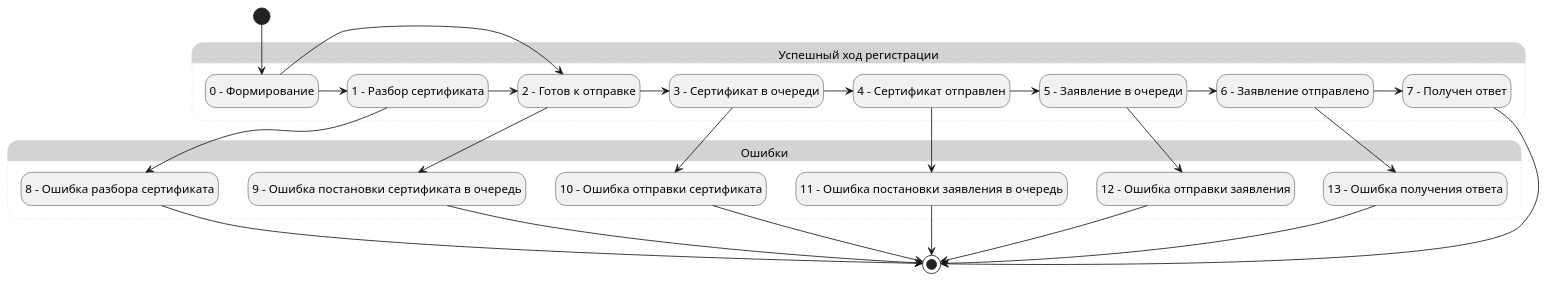
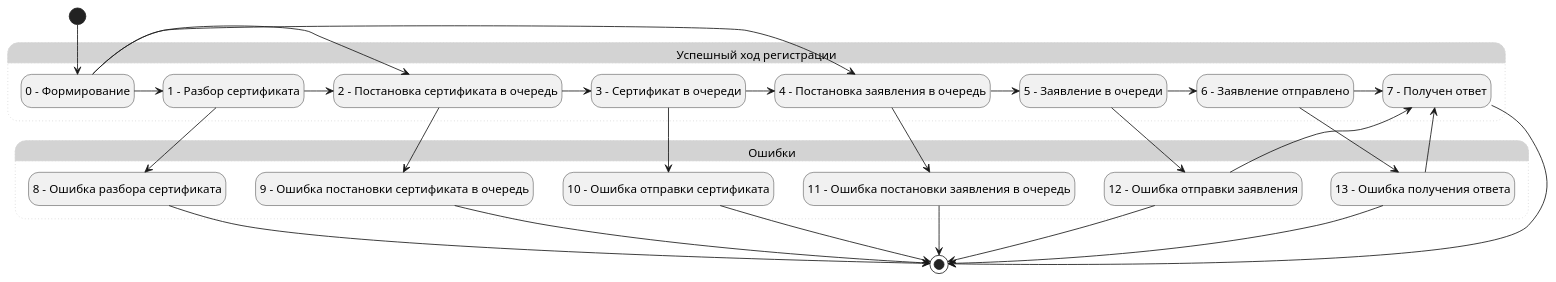
Before and after one commit to citpb/platform-astral-schemes: the diagram in udo_plora_statuses.puml, drawn with PlantUML.

Commit message:
Update udo_plora_statuses.puml
Добавлены обратные переходы от ошибок к успешному маршруту обратно.

```diff
--- a/udo_plora_statuses.puml
+++ b/udo_plora_statuses.puml
@@ -1,53 +1,56 @@
 @startuml
 hide empty description
 state "Успешный ход регистрации" as Saccess #LightGray;line.dotted;line:LightGray {
     state "0 – Формирование" as State0
     state "1 – Разбор сертификата" as State1
-    state "2 - Готов к отправке" as State2
+    state "2 - Постановка сертификата в очередь" as State2
     state "3 - Сертификат в очереди" as State3
-    state "4 - Сертификат отправлен" as State4
+    state "4 - Постановка заявления в очередь" as State4
     state "5 - Заявление в очереди" as State5
     state "6 - Заявление отправлено" as State6
     state "7 - Получен ответ" as State7
 }
 state "Ошибки" as Errors #LightGray;line.dotted;line:LightGray {
     state "8 - Ошибка разбора сертификата" as State8
     state "9 - Ошибка постановки сертификата в очередь" as State9
     state "10 - Ошибка отправки сертификата" as State10
     state "11 - Ошибка постановки заявления в очередь" as State11
     state "12 - Ошибка отправки заявления" as State12
     state "13 - Ошибка получения ответа" as State13
 }
 
 [*] --> State0
 State0 -> State1
 State0 -> State2
+State0 -> State4
 
 State1 -> State2
 State1 --> State8
 
 State2 -> State3
 State2 --> State9
 
 State3 -> State4
 State3 --> State10
 
 State4 -> State5
 State4 --> State11
 
 State5 -> State6
 State5 --> State12
+State12 --> State7
 
 State6 -> State7
 State6 --> State13
+State13 --> State7
 
 State8  --> [*]
 State9  --> [*]
 State10 --> [*]
 State11 --> [*]
 State12 --> [*]
 State13 --> [*]
 
 State7 --> [*]
 
 @enduml
```
